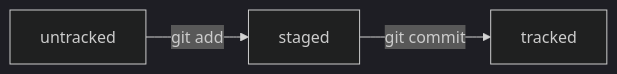
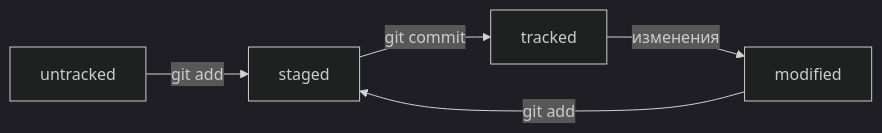
The diagram in README.md (Karina23twins/git-hints), drawn with Mermaid (dark theme) before and after one commit.

Commit message:
Добавить элементы в жизненный цикл

````diff
--- a/README.md
+++ b/README.md
@@ -43,5 +43,7 @@
 ```mermaid  
 graph LR;  
 untracked -- "git add" --> staged;  
 staged -- "git commit" --> tracked;  
+tracked -- "изменения" --> modified;  
+modified -- "git add" --> staged;  
 ```  
````
